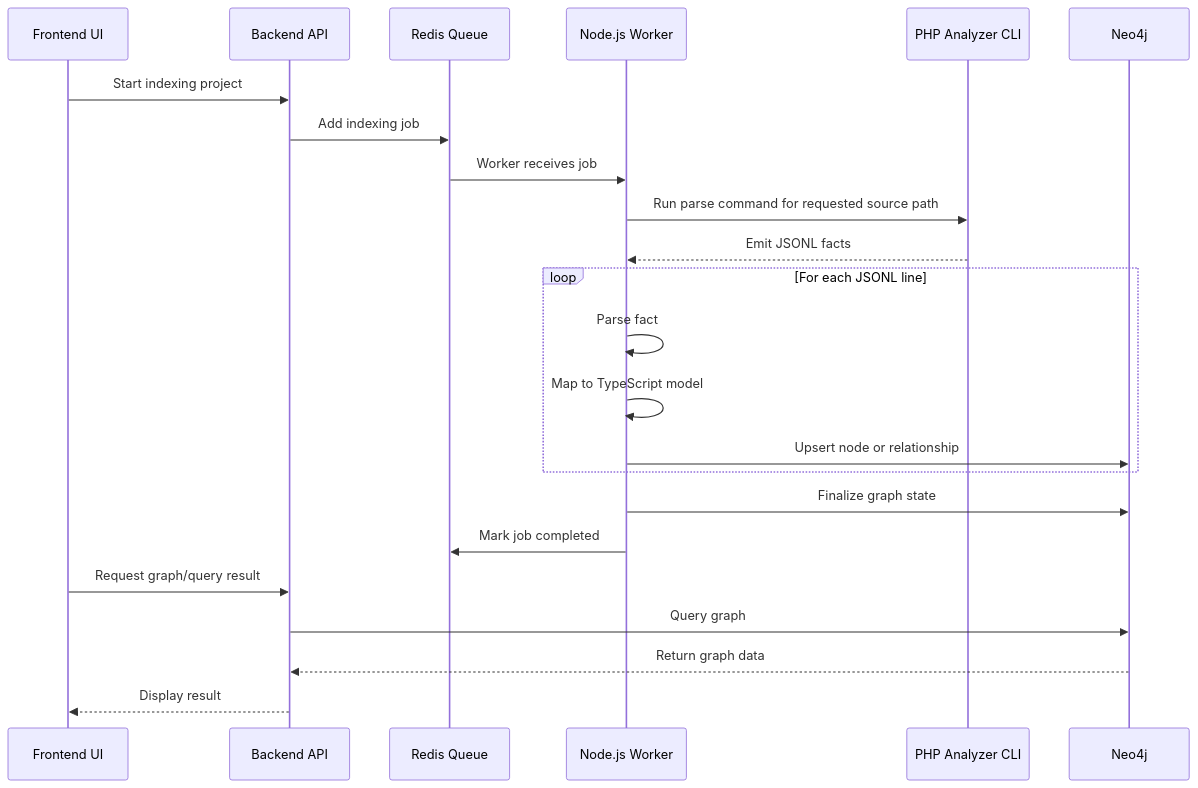
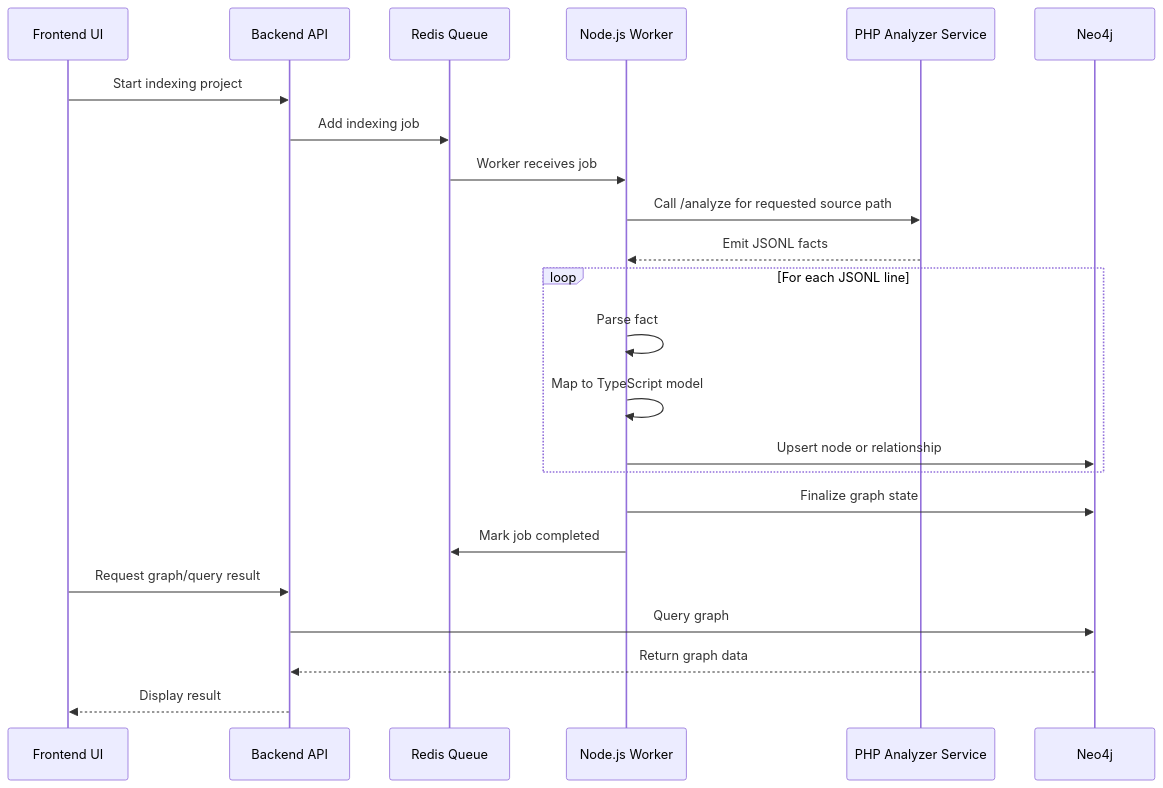
Before and after one commit to DavidBelicza/Magento-MCP-Server: the third of 5 diagrams in docs/architecture_world_mapping.md, drawn with Mermaid. The commit also changed other lines of this file and 21 other files, not shown here.

First line of the commit message:
Refactor PHP analyzer from CLI to HTTP microservice

````diff
--- a/docs/architecture_world_mapping.md
+++ b/docs/architecture_world_mapping.md
@@ -71,29 +71,29 @@
 ```mermaid
 sequenceDiagram
     participant UI as Frontend UI
     participant API as Backend API
     participant Queue as Redis Queue
     participant Worker as Node.js Worker
-    participant PHP as PHP Analyzer CLI
+    participant PHP as PHP Analyzer Service
     participant DB as Neo4j
 
     UI->>API: Start indexing project
     API->>Queue: Add indexing job
     Queue->>Worker: Worker receives job
 
-    Worker->>PHP: Run parse command for requested source path
+    Worker->>PHP: Call /analyze for requested source path
     PHP-->>Worker: Emit JSONL facts
 
     loop For each JSONL line
         Worker->>Worker: Parse fact
         Worker->>Worker: Map to TypeScript model
         Worker->>DB: Upsert node or relationship
     end
 
     Worker->>DB: Finalize graph state
     Worker->>Queue: Mark job completed
     UI->>API: Request graph/query result
     API->>DB: Query graph
     DB-->>API: Return graph data
     API-->>UI: Display result
 ```
````
